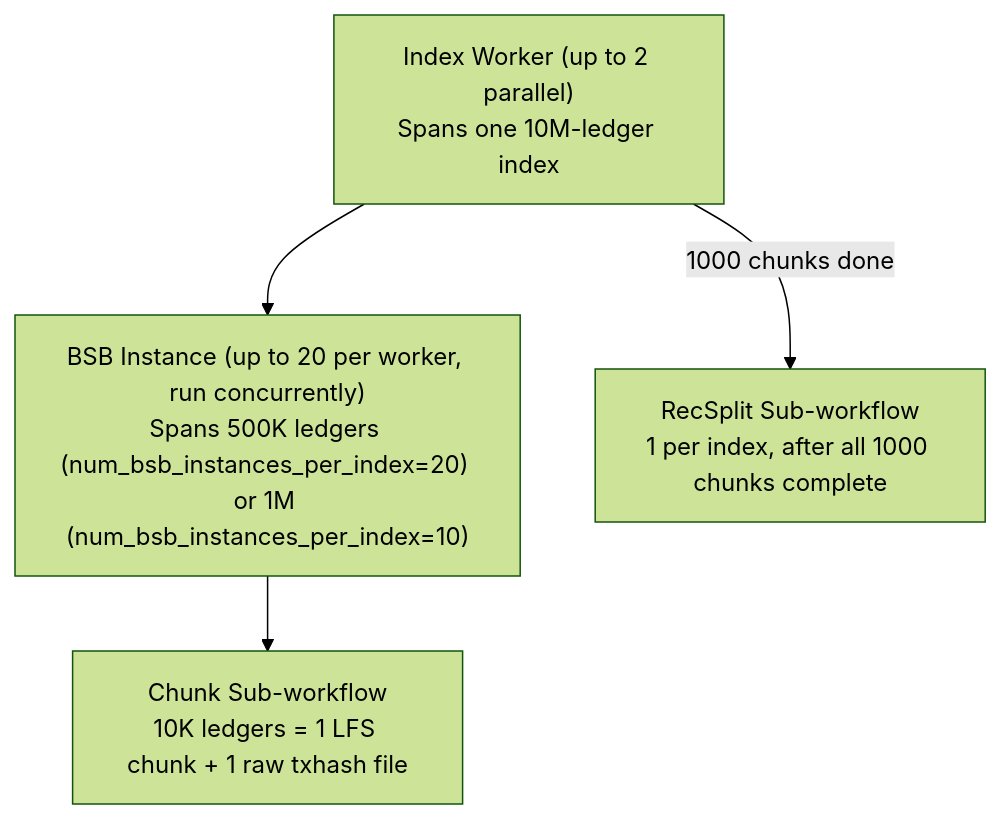
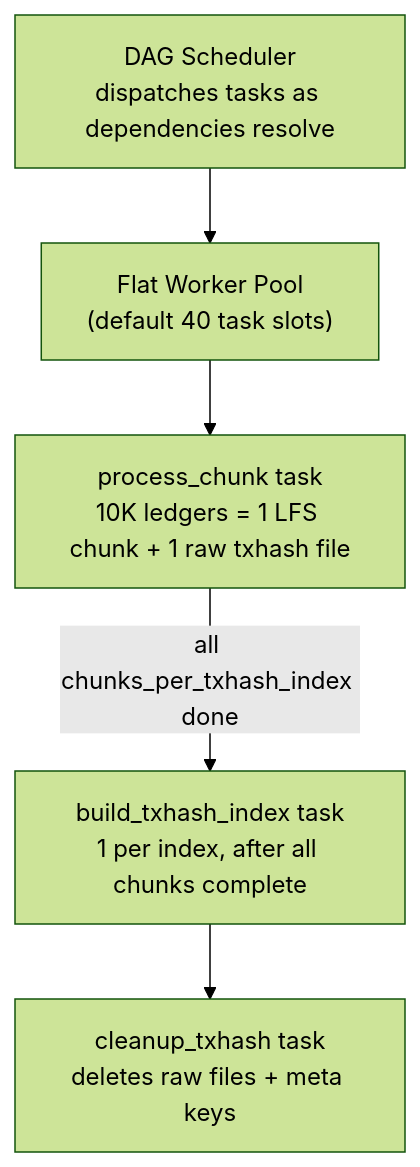
Before and after one commit to stellar/stellar-rpc: the sixth of 12 diagrams in full-history/design-docs/01-architecture-overview.md, drawn with Mermaid (forest theme). The commit also changed other lines of this file and 9 other files, not shown here.

First line of the commit message:
fix: purge stale orchestrator/parallel-workers language from all design docs

````diff
--- a/full-history/design-docs/01-architecture-overview.md
+++ b/full-history/design-docs/01-architecture-overview.md
@@ -167,11 +167,13 @@
 ```mermaid
 flowchart TD
-    ORCH["Index Worker (up to 2 parallel)<br/>Spans one 10M-ledger index"]
-    BSB["BSB Instance (up to 20 per worker, run concurrently)<br/>Spans 500K ledgers (num_bsb_instances_per_index=20) or 1M (num_bsb_instances_per_index=10)"]
-    CHUNK["Chunk Sub-workflow<br/>10K ledgers = 1 LFS chunk + 1 raw txhash file"]
-    RECSPLIT2["RecSplit Sub-workflow<br/>1 per index, after all 1000 chunks complete"]
+    POOL["Flat Worker Pool<br/>(default 40 task slots)"]
+    DAG["DAG Scheduler<br/>dispatches tasks as dependencies resolve"]
+    CHUNK["process_chunk task<br/>10K ledgers = 1 LFS chunk + 1 raw txhash file"]
+    RECSPLIT2["build_txhash_index task<br/>1 per index, after all chunks complete"]
+    CLEANUP["cleanup_txhash task<br/>deletes raw files + meta keys"]
 
-    ORCH --> BSB
-    BSB --> CHUNK
-    ORCH -->|"1000 chunks done"| RECSPLIT2
+    DAG --> POOL
+    POOL --> CHUNK
+    CHUNK -->|"all chunks_per_txhash_index done"| RECSPLIT2
+    RECSPLIT2 --> CLEANUP
 ```
````
